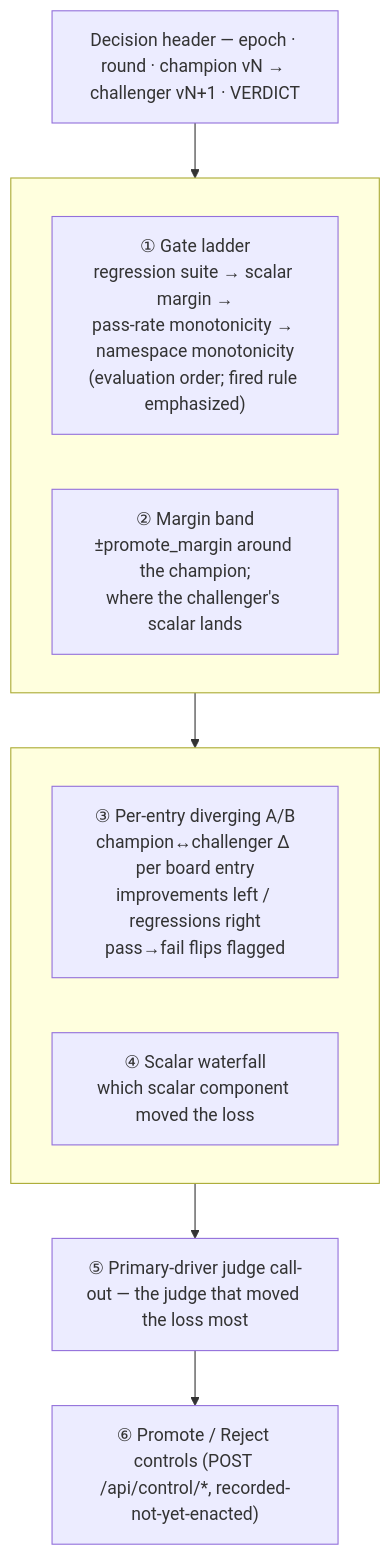
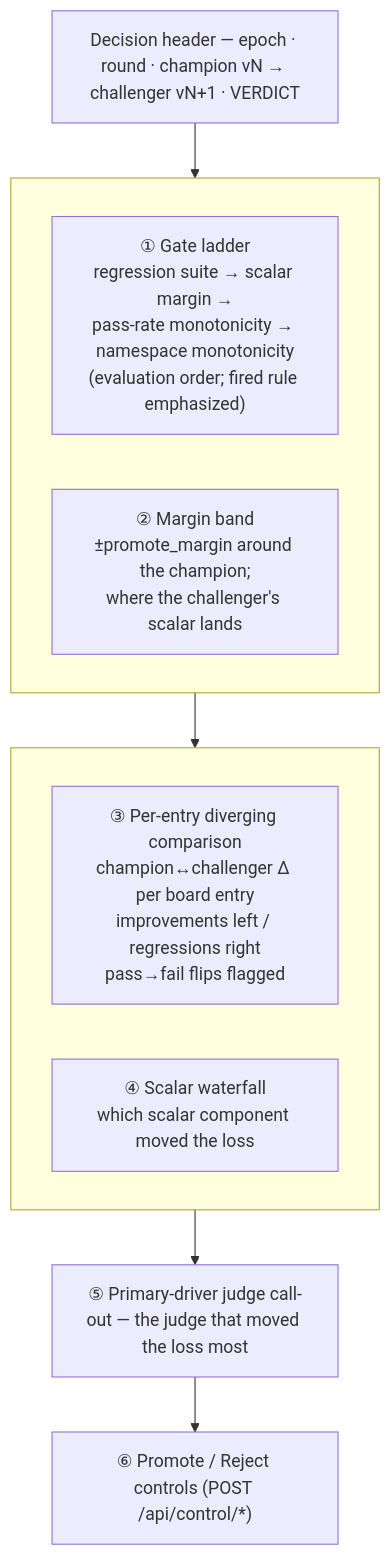
One commit to pedapudi/zicato changed the second of 2 diagrams in docs/design/DASHBOARD.md. Above: the diagram before and after it, drawn with Mermaid. The commit also changed other lines of this file and 22 other files, not shown here.

````diff
--- a/docs/design/DASHBOARD.md
+++ b/docs/design/DASHBOARD.md
@@ -415,17 +394,17 @@
 ```mermaid
 flowchart TB
     H["Decision header — epoch · round · champion vN → challenger vN+1 · VERDICT"]
     subgraph row1[" "]
         direction LR
         GL["① Gate ladder<br/>regression suite → scalar margin →<br/>pass-rate monotonicity → namespace monotonicity<br/>(evaluation order; fired rule emphasized)"]
         MB["② Margin band<br/>±promote_margin around the champion;<br/>where the challenger's scalar lands"]
     end
     subgraph row2[" "]
         direction LR
-        AB["③ Per-entry diverging A/B<br/>champion↔challenger Δ per board entry<br/>improvements left / regressions right<br/>pass→fail flips flagged"]
+        AB["③ Per-entry diverging comparison<br/>champion↔challenger Δ per board entry<br/>improvements left / regressions right<br/>pass→fail flips flagged"]
         WF["④ Scalar waterfall<br/>which scalar component moved the loss"]
     end
     PD["⑤ Primary-driver judge call-out — the judge that moved the loss most"]
-    CTL["⑥ Promote / Reject controls (POST /api/control/*, recorded-not-yet-enacted)"]
+    CTL["⑥ Promote / Reject controls (POST /api/control/*)"]
     H --> row1 --> row2 --> PD --> CTL
 ```
````
